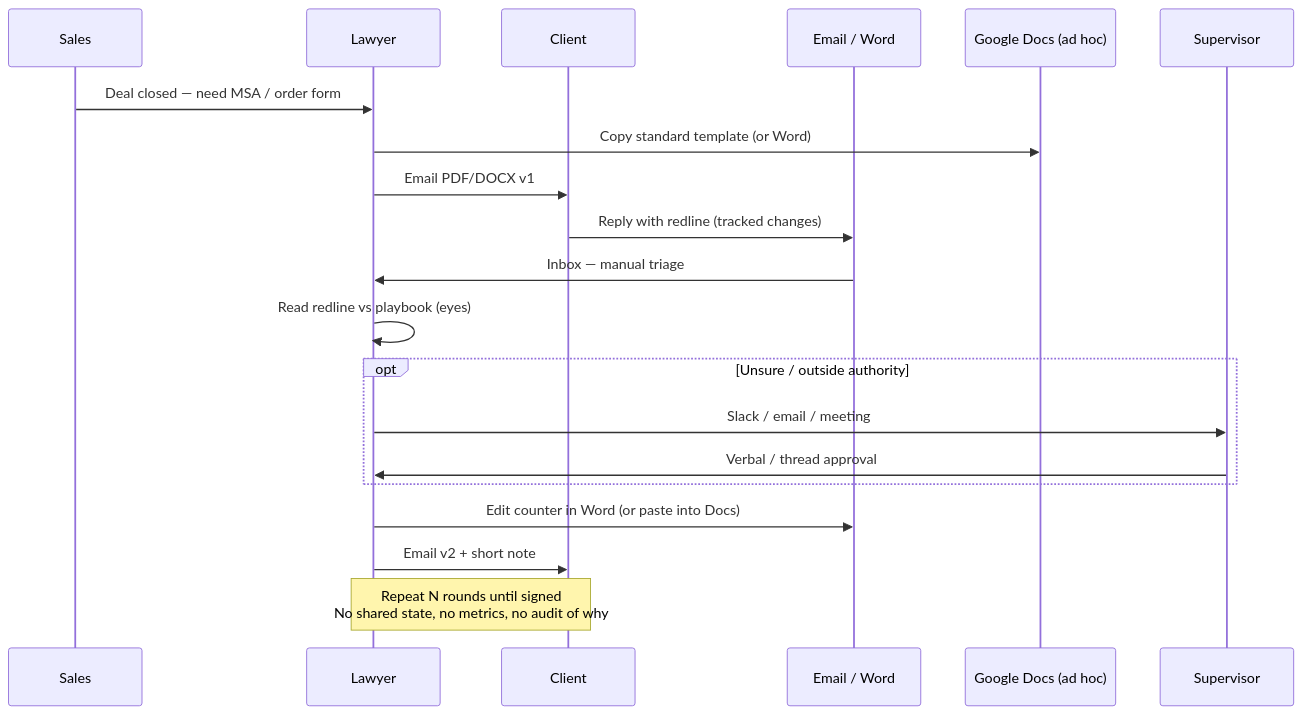
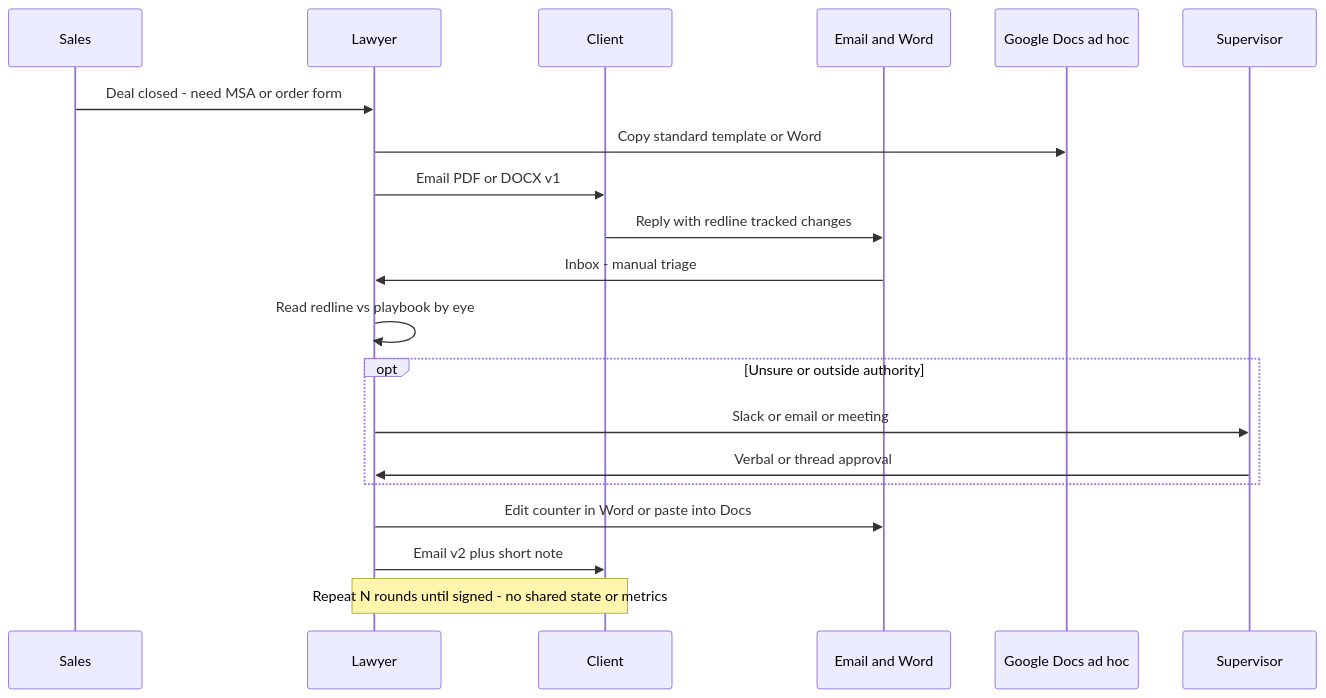
One commit to littlewhywhat/legal-360 changed the diagram in docs/flows/client-redline-as-is.md. Above: the diagram before and after it, drawn with Mermaid. The commit also changed 2 other files, not shown here.

Commit message:
Fix Mermaid for GitHub rendering.
Drop parentheses and self-messages that break the sequence parser.

````diff
--- a/docs/flows/client-redline-as-is.md
+++ b/docs/flows/client-redline-as-is.md
@@ -7,23 +7,23 @@
 ```mermaid
 sequenceDiagram
   participant Sales
   participant Lawyer
   participant Client
-  participant Mail as Email / Word
-  participant Docs as Google Docs (ad hoc)
+  participant Mail as Email and Word
+  participant Docs as Google Docs ad hoc
   participant Sup as Supervisor
 
-  Sales->>Lawyer: Deal closed — need MSA / order form
-  Lawyer->>Docs: Copy standard template (or Word)
-  Lawyer->>Client: Email PDF/DOCX v1
-  Client->>Mail: Reply with redline (tracked changes)
-  Mail->>Lawyer: Inbox — manual triage
-  Lawyer->>Lawyer: Read redline vs playbook (eyes)
-  opt Unsure / outside authority
-    Lawyer->>Sup: Slack / email / meeting
-    Sup->>Lawyer: Verbal / thread approval
+  Sales->>Lawyer: Deal closed - need MSA or order form
+  Lawyer->>Docs: Copy standard template or Word
+  Lawyer->>Client: Email PDF or DOCX v1
+  Client->>Mail: Reply with redline tracked changes
+  Mail->>Lawyer: Inbox - manual triage
+  Lawyer->>Lawyer: Read redline vs playbook by eye
+  opt Unsure or outside authority
+    Lawyer->>Sup: Slack or email or meeting
+    Sup->>Lawyer: Verbal or thread approval
   end
-  Lawyer->>Mail: Edit counter in Word (or paste into Docs)
-  Lawyer->>Client: Email v2 + short note
-  Note over Lawyer,Client: Repeat N rounds until signed<br/>No shared state, no metrics, no audit of why
+  Lawyer->>Mail: Edit counter in Word or paste into Docs
+  Lawyer->>Client: Email v2 plus short note
+  Note over Lawyer,Client: Repeat N rounds until signed - no shared state or metrics
 ```
````
